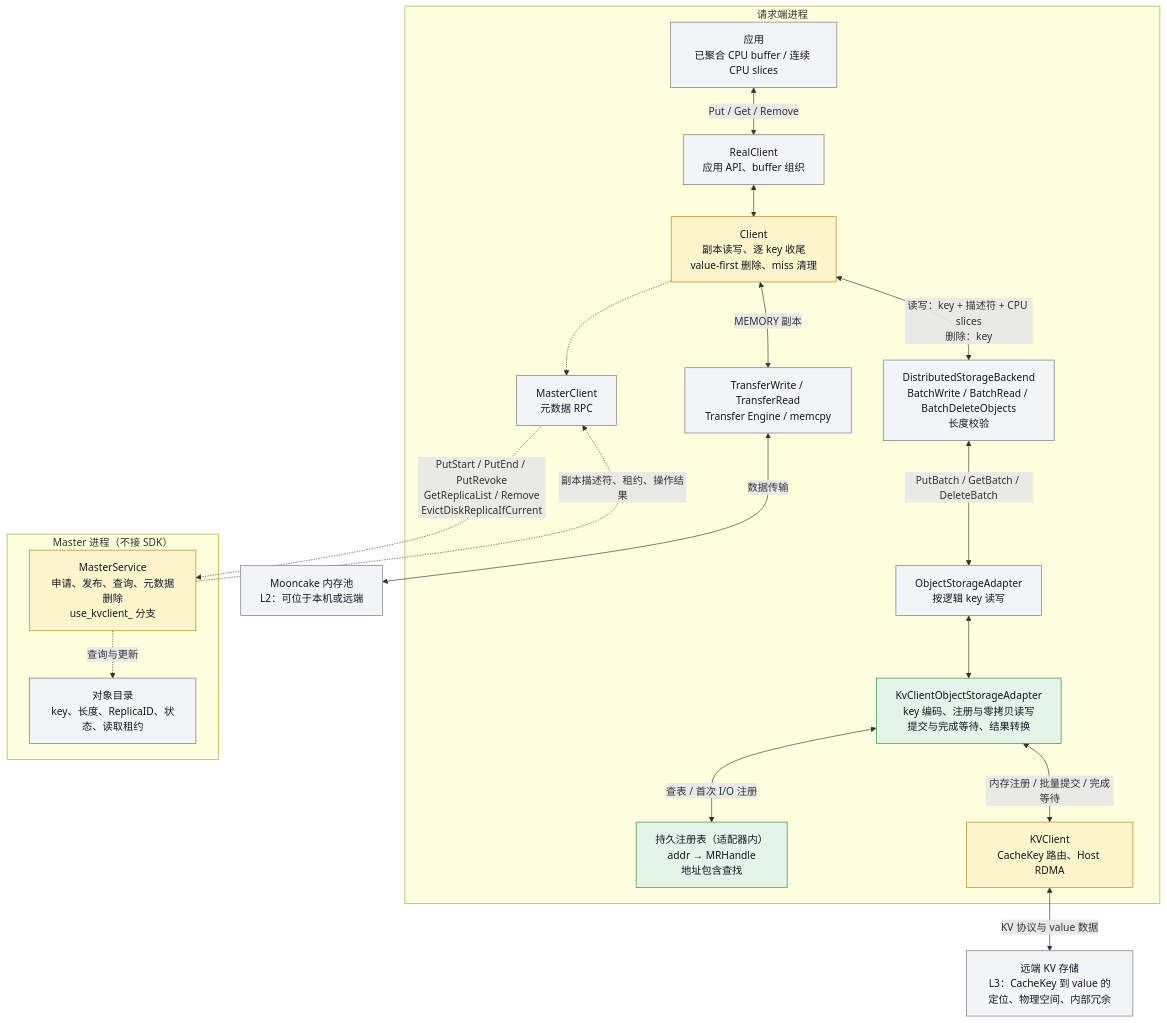
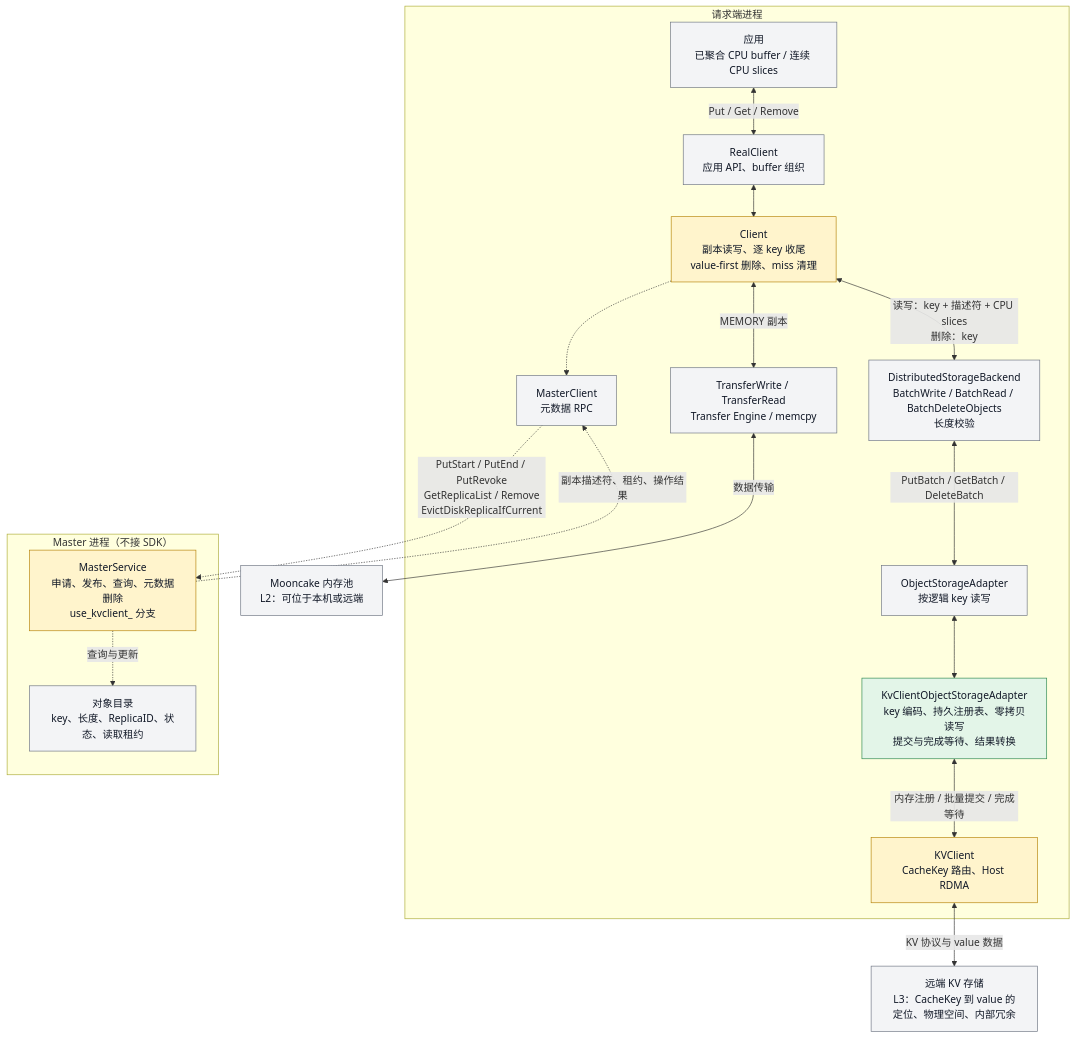
The first of 13 diagrams in Mooncake + KVClient L3 接入（Kvcs）- v3.md (zwj20000328-dotcom/Mooncake-documents), drawn with Mermaid before and after one commit. The commit also changed other lines of this file, not shown here.

First line of the commit message:
docs: inline the registration table into the adapter

````diff
--- a/Mooncake + KVClient L3 接入（Kvcs）- v3.md
+++ b/Mooncake + KVClient L3 接入（Kvcs）- v3.md
@@ -68,47 +68,45 @@
 ```mermaid
 flowchart TB
     subgraph Request["请求端进程"]
         A["应用<br/>已聚合 CPU buffer / 连续 CPU slices"]
         R["RealClient<br/>应用 API、buffer 组织"]
         C["Client<br/>副本读写、逐 key 收尾<br/>value-first 删除、miss 清理"]
         RPC["MasterClient<br/>元数据 RPC"]
         TE["TransferWrite / TransferRead<br/>Transfer Engine / memcpy"]
         B["DistributedStorageBackend<br/>BatchWrite / BatchRead / BatchDeleteObjects<br/>长度校验"]
         O["ObjectStorageAdapter<br/>按逻辑 key 读写"]
-        K["KvClientObjectStorageAdapter<br/>key 编码、注册与零拷贝读写<br/>提交与完成等待、结果转换"]
-        REG["持久注册表（适配器内）<br/>addr → MRHandle<br/>地址包含查找"]
+        K["KvClientObjectStorageAdapter<br/>key 编码、持久注册表、零拷贝读写<br/>提交与完成等待、结果转换"]
         SDK["KVClient<br/>CacheKey 路由、Host RDMA"]
 
         A <-->|"Put / Get / Remove"| R
         R <--> C
         C -.-> RPC
         C <-->|"MEMORY 副本"| TE
         C <-->|"读写：key + 描述符 + CPU slices<br/>删除：key"| B
         B <-->|"PutBatch / GetBatch / DeleteBatch"| O
         O <--> K
-        K <-->|"查表 / 首次 I/O 注册"| REG
         K <-->|"内存注册 / 批量提交 / 完成等待"| SDK
     end
 
     subgraph Master["Master 进程（不接 SDK）"]
         M["MasterService<br/>申请、发布、查询、元数据删除<br/>use_kvclient_ 分支"]
         META["对象目录<br/>key、长度、ReplicaID、状态、读取租约"]
 
         M -.->|"查询与更新"| META
     end
 
     RAM["Mooncake 内存池<br/>L2：可位于本机或远端"]
     S["远端 KV 存储<br/>L3：CacheKey 到 value 的定位、物理空间、内部冗余"]
 
     RPC -.->|"PutStart / PutEnd / PutRevoke<br/>GetReplicaList / Remove<br/>EvictDiskReplicaIfCurrent"| M
     M -.->|"副本描述符、租约、操作结果"| RPC
     TE <-->|"数据传输"| RAM
     SDK <-->|"KV 协议与 value 数据"| S
 
     classDef existing fill:#f3f4f6,stroke:#6b7280,color:#111827;
     classDef changed fill:#fff4cc,stroke:#b58105,color:#111827;
     classDef added fill:#e3f5e8,stroke:#28864b,color:#111827;
     class A,R,RPC,TE,B,O,META,RAM,S existing;
     class C,SDK,M changed;
-    class K,REG added;
+    class K added;
 ```
````
